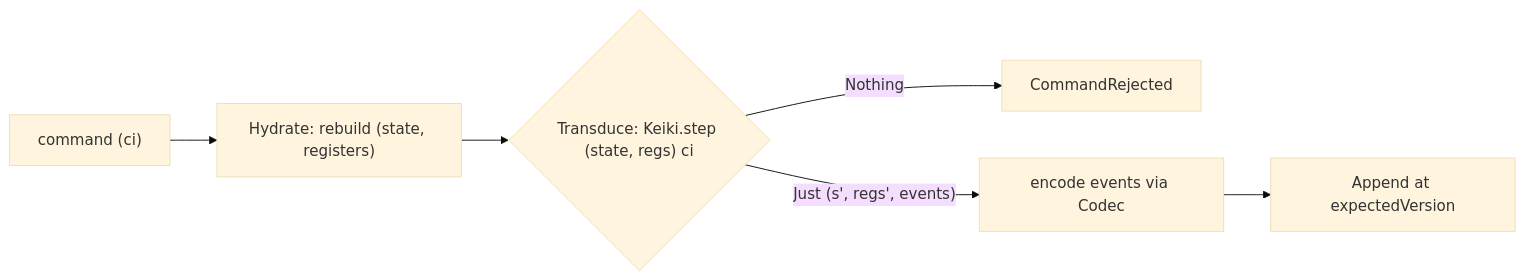
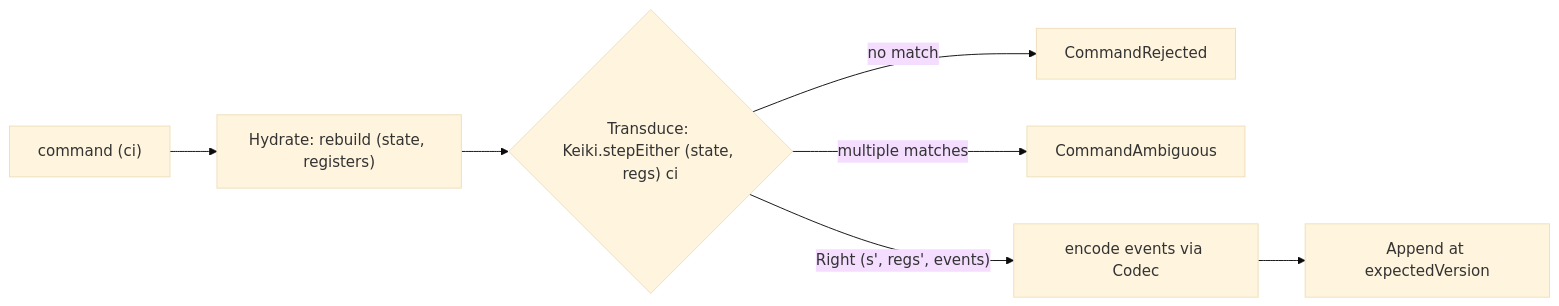
The diagram in content/docs/keiro/walkthrough/foundation/00-start-here.mdx (shinzui/keiro-runtime-docs), drawn with Mermaid (base theme) before and after one commit. The commit also changed other lines of this file and 19 other files, not shown here.

````diff
--- a/content/docs/keiro/walkthrough/foundation/00-start-here.mdx
+++ b/content/docs/keiro/walkthrough/foundation/00-start-here.mdx
@@ -22,8 +22,9 @@
 ```mermaid
 flowchart LR
   Cmd["command (ci)"] --> H["Hydrate: rebuild (state, registers)"]
-  H --> T{"Transduce: Keiki.step (state, regs) ci"}
-  T -- "Nothing" --> Rej["CommandRejected"]
-  T -- "Just (s', regs', events)" --> Enc["encode events via Codec"]
+  H --> T{"Transduce: Keiki.stepEither (state, regs) ci"}
+  T -- "no match" --> Rej["CommandRejected"]
+  T -- "multiple matches" --> Amb["CommandAmbiguous"]
+  T -- "Right (s', regs', events)" --> Enc["encode events via Codec"]
   Enc --> A["Append at expectedVersion"]
 ```
````
